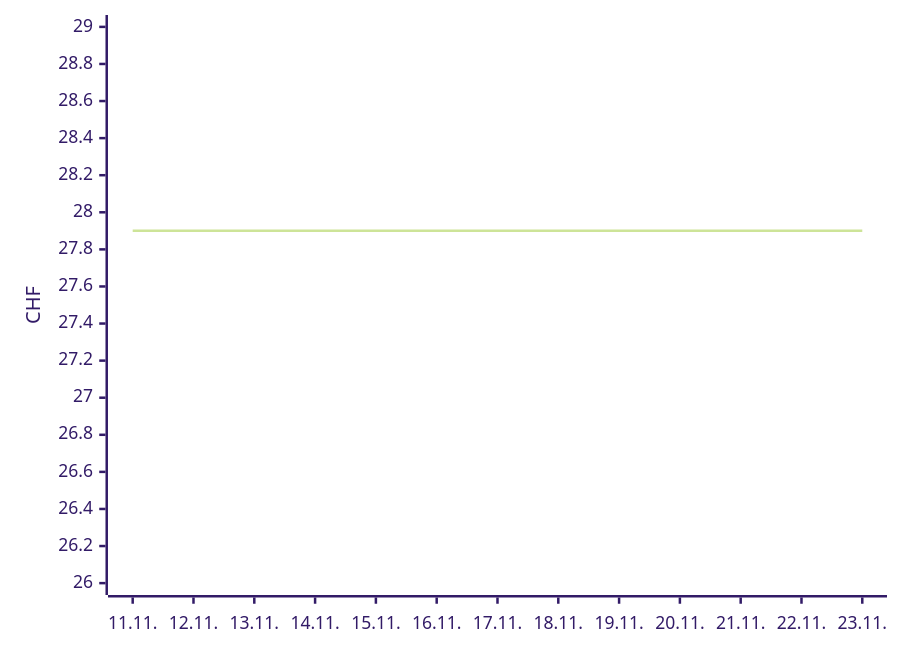
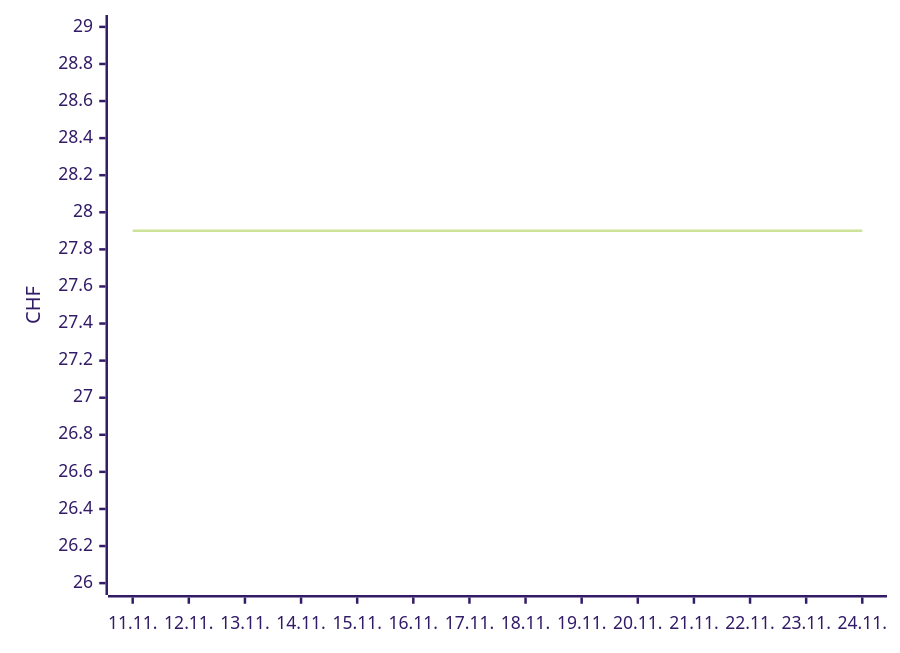
One commit to Akira2828/my-Galaxus-MCP changed the first of 2 diagrams in README.md. Above: the diagram before and after it, drawn with Mermaid (forest theme). The commit also changed other lines of this file and 1 other file, not shown here.

````diff
--- a/README.md
+++ b/README.md
@@ -16,6 +16,6 @@
 ```mermaid
 xychart-beta
-  x-axis ["11.11.", "12.11.", "13.11.", "14.11.", "15.11.", "16.11.", "17.11.", "18.11.", "19.11.", "20.11.", "21.11.", "22.11.", "23.11."]
+  x-axis ["11.11.", "12.11.", "13.11.", "14.11.", "15.11.", "16.11.", "17.11.", "18.11.", "19.11.", "20.11.", "21.11.", "22.11.", "23.11.", "24.11."]
   y-axis "CHF" 26 --> 29
-  line [27.9, 27.9, 27.9, 27.9, 27.9, 27.9, 27.9, 27.9, 27.9, 27.9, 27.9, 27.9, 27.9]
+  line [27.9, 27.9, 27.9, 27.9, 27.9, 27.9, 27.9, 27.9, 27.9, 27.9, 27.9, 27.9, 27.9, 27.9]
 ```
````
